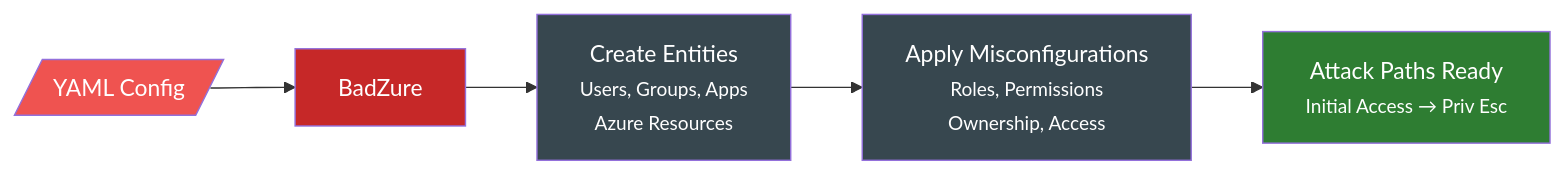
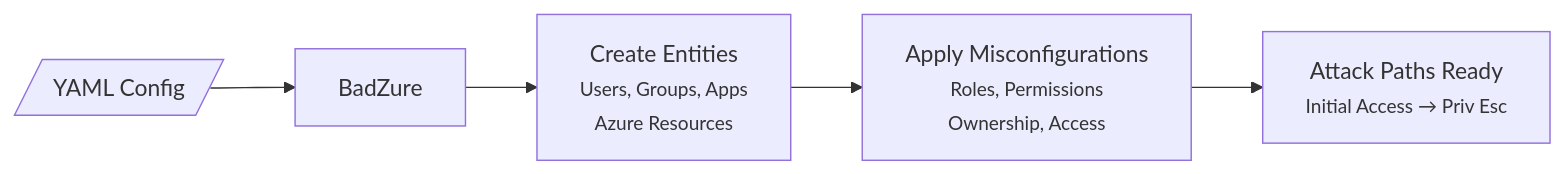
The diagram in docs/index.md (mvelazc0/BadZure), drawn with Mermaid before and after one commit. The commit also changed other lines of this file and 4 other files, not shown here.

````diff
--- a/docs/index.md
+++ b/docs/index.md
@@ -31,13 +31,9 @@
 ``` mermaid
 graph LR
     CONFIG[/"YAML Config"/] --> BADZURE["BadZure"]
     BADZURE --> ENTITIES["Create Entities<br/><small>Users, Groups, Apps<br/>Azure Resources</small>"]
     ENTITIES --> MISCONFIG["Apply Misconfigurations<br/><small>Roles, Permissions<br/>Ownership, Access</small>"]
     MISCONFIG --> PATHS["Attack Paths Ready<br/><small>Initial Access → Priv Esc</small>"]
 
-    style CONFIG fill:#ef5350,color:#fff
-    style BADZURE fill:#c62828,color:#fff
-    style ENTITIES fill:#37474f,color:#fff
-    style MISCONFIG fill:#37474f,color:#fff
-    style PATHS fill:#2e7d32,color:#fff
+
 ```
````
